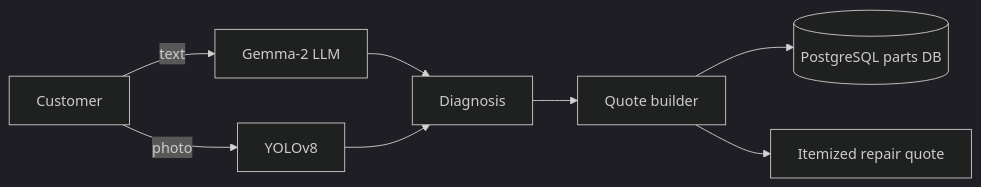
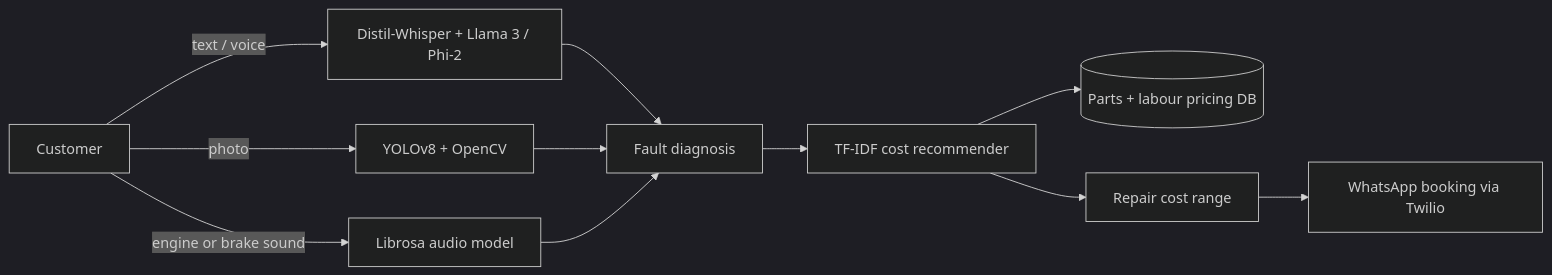
Before and after one commit to ziauldin/auto-mate: the diagram in README.md, drawn with Mermaid (dark theme). The commit also changed other lines of this file, not shown here.

````diff
--- a/README.md
+++ b/README.md
@@ -24,10 +37,13 @@
 ```mermaid
 flowchart LR
-    U[Customer] -->|text| L[Gemma-2 LLM]
-    U -->|photo| Y[YOLOv8]
-    L --> D[Diagnosis]
+    U[Customer] -->|text / voice| N[Distil-Whisper + Llama 3 / Phi-2]
+    U -->|photo| Y[YOLOv8 + OpenCV]
+    U -->|engine or brake sound| A[Librosa audio model]
+    N --> D[Fault diagnosis]
     Y --> D
-    D --> Q[Quote builder]
-    Q --> DB[(PostgreSQL parts DB)]
-    Q --> R[Itemized repair quote]
+    A --> D
+    D --> R[TF-IDF cost recommender]
+    R --> DB[(Parts + labour pricing DB)]
+    R --> Q[Repair cost range]
+    Q --> B[WhatsApp booking via Twilio]
 ```
````
